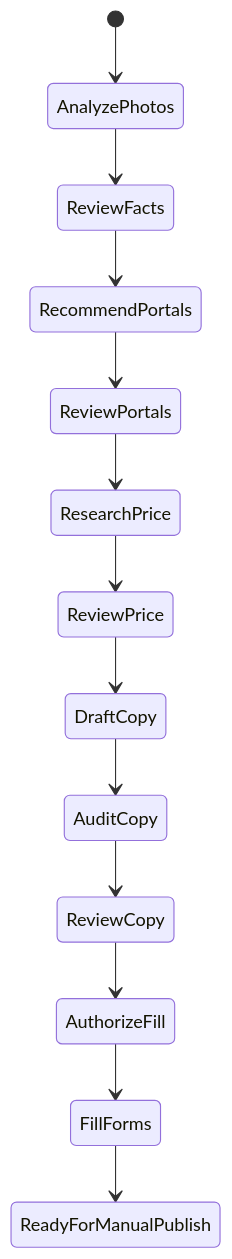
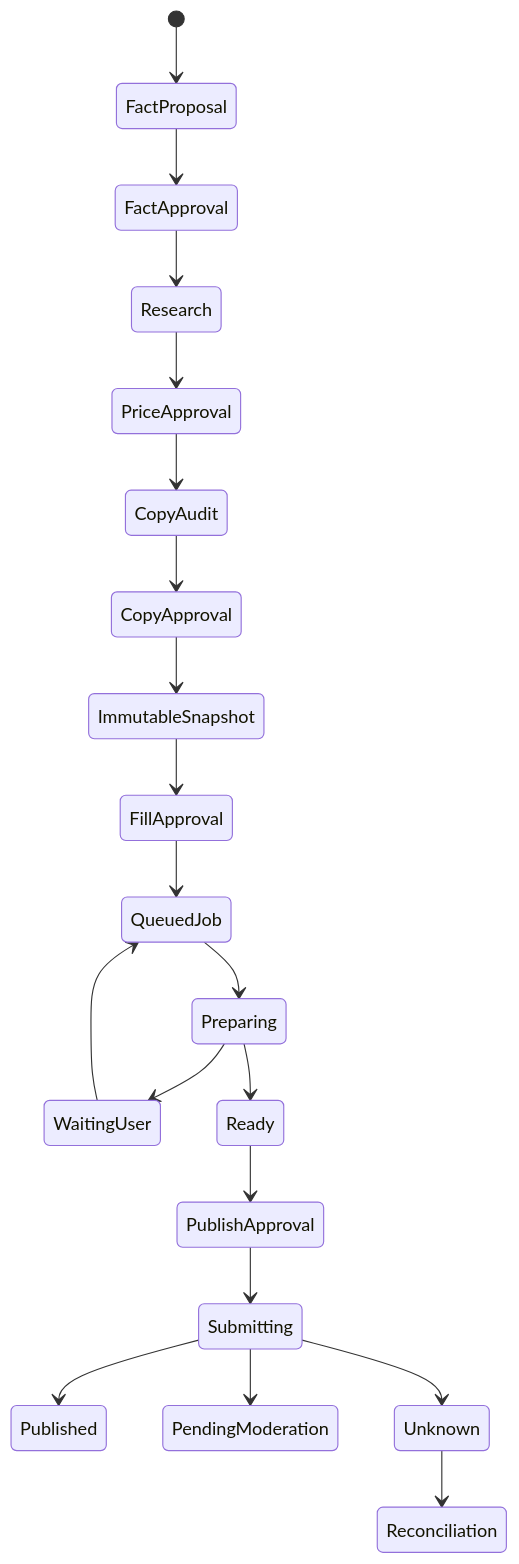
The diagram in docs/ARCHITECTURE.md (oliwia-kol/marketplace-listing-agent), drawn with Mermaid before and after one commit. The commit also changed other lines of this file and 101 other files, not shown here.

````diff
--- a/docs/ARCHITECTURE.md
+++ b/docs/ARCHITECTURE.md
@@ -47,15 +18,22 @@
 ```mermaid
 stateDiagram-v2
-    [*] --> AnalyzePhotos
-    AnalyzePhotos --> ReviewFacts
-    ReviewFacts --> RecommendPortals
-    RecommendPortals --> ReviewPortals
-    ReviewPortals --> ResearchPrice
-    ResearchPrice --> ReviewPrice
-    ReviewPrice --> DraftCopy
-    DraftCopy --> AuditCopy
-    AuditCopy --> ReviewCopy
-    ReviewCopy --> AuthorizeFill
-    AuthorizeFill --> FillForms
-    FillForms --> ReadyForManualPublish
+    [*] --> FactProposal
+    FactProposal --> FactApproval
+    FactApproval --> Research
+    Research --> PriceApproval
+    PriceApproval --> CopyAudit
+    CopyAudit --> CopyApproval
+    CopyApproval --> ImmutableSnapshot
+    ImmutableSnapshot --> FillApproval
+    FillApproval --> QueuedJob
+    QueuedJob --> Preparing
+    Preparing --> WaitingUser
+    WaitingUser --> QueuedJob
+    Preparing --> Ready
+    Ready --> PublishApproval
+    PublishApproval --> Submitting
+    Submitting --> Published
+    Submitting --> PendingModeration
+    Submitting --> Unknown
+    Unknown --> Reconciliation
 ```
````
